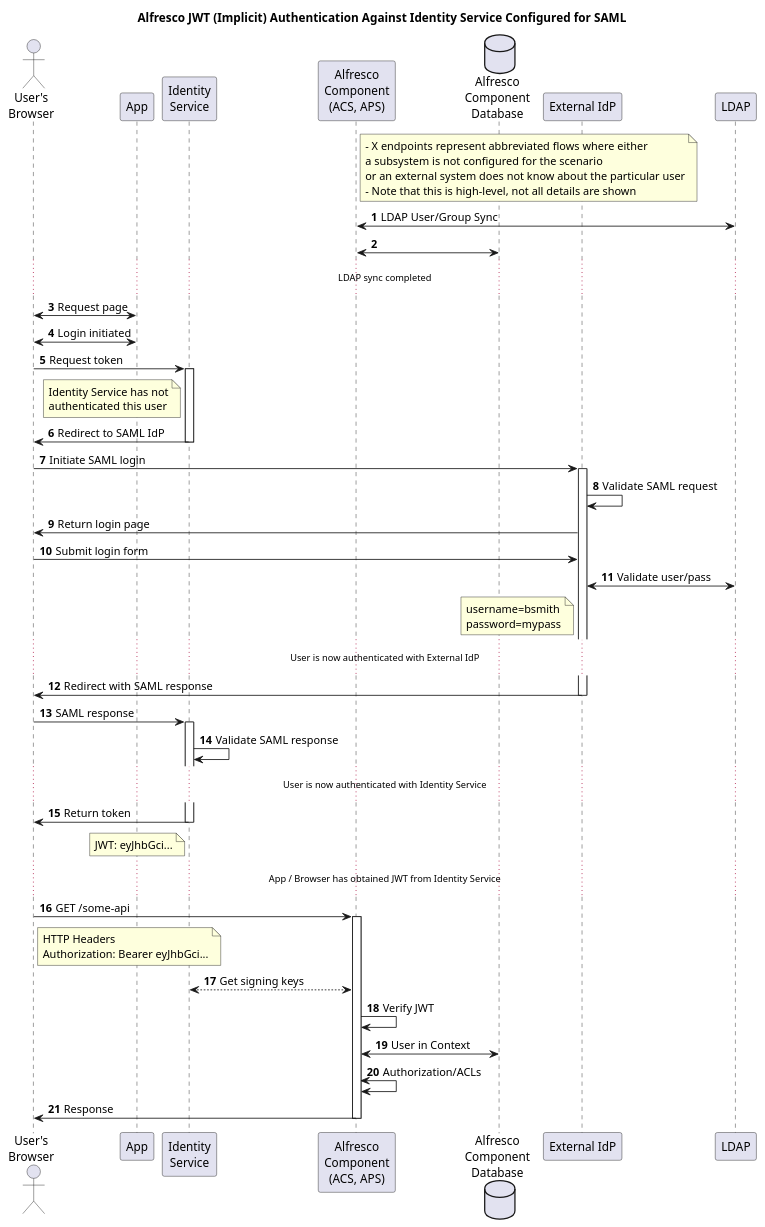
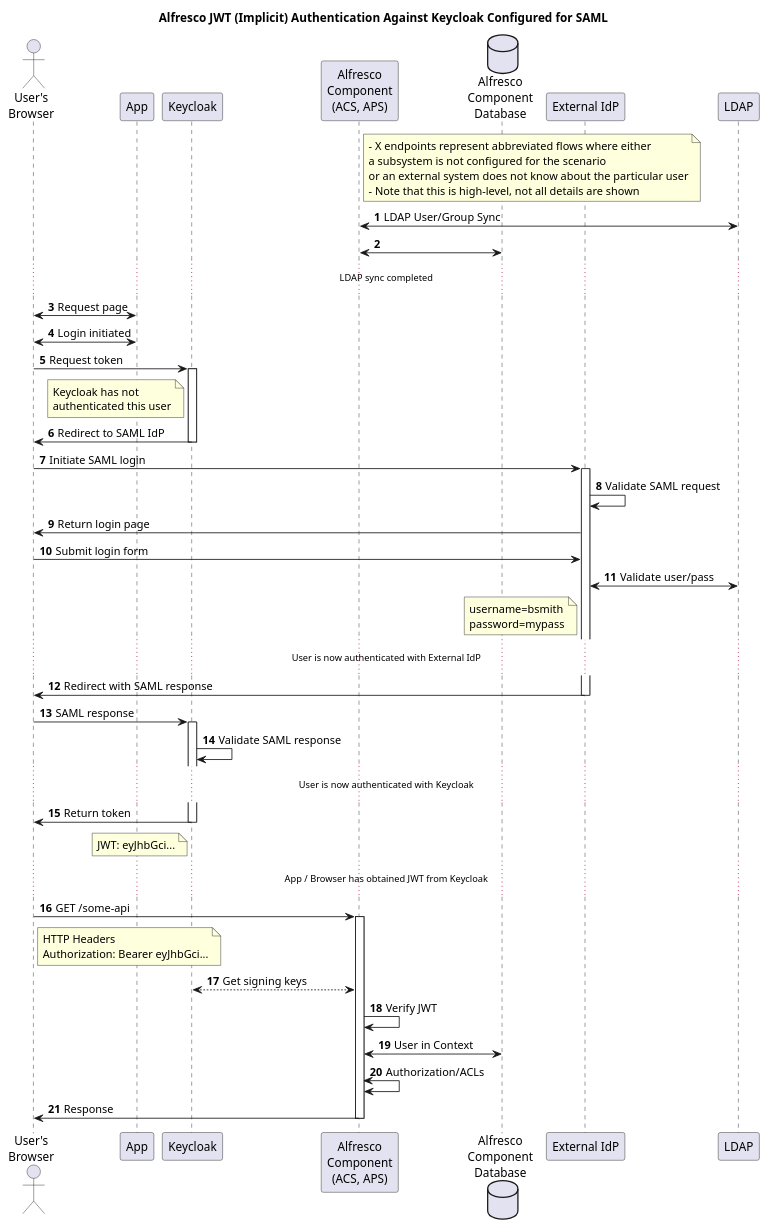
Before and after one commit to Alfresco/alfresco-identity-service: the diagram in docs/resource/sequence/high-level-saml-auth-sequence.puml, drawn with PlantUML. The commit also changed 46 other files, not shown here.

```diff
--- a/docs/resource/sequence/high-level-saml-auth-sequence.puml
+++ b/docs/resource/sequence/high-level-saml-auth-sequence.puml
@@ -1,69 +1,69 @@
 @startuml
 autonumber
-Title: Alfresco JWT (Implicit) Authentication Against Identity Service Configured for SAML
+Title: Alfresco JWT (Implicit) Authentication Against Keycloak Configured for SAML
 
 actor "User's\nBrowser" as UB
 participant "App" as APP
-participant "Identity\nService" as IS
+participant "Keycloak" as KC
 participant "Alfresco\nComponent\n(ACS, APS)" as ALFC
 database "Alfresco\nComponent\nDatabase" as ALFCDB
 participant "External IdP" as EXT
 participant "LDAP" as LDAP
 
 note right of ALFC
 - X endpoints represent abbreviated flows where either 
 a subsystem is not configured for the scenario
 or an external system does not know about the particular user
 - Note that this is high-level, not all details are shown
 end note
 
 ALFC<->LDAP: LDAP User/Group Sync
 ALFC<->ALFCDB
 ... LDAP sync completed ...
 UB<->APP: Request page
 UB<->APP: Login initiated
-UB->IS: Request token
-activate IS
-note left of IS
-Identity Service has not
+UB->KC: Request token
+activate KC
+note left of KC
+Keycloak has not
 authenticated this user
 end note
-IS->UB: Redirect to SAML IdP
-deactivate IS
+KC->UB: Redirect to SAML IdP
+deactivate KC
 UB->EXT: Initiate SAML login
 activate EXT
 EXT->EXT: Validate SAML request
 EXT->UB: Return login page
 UB->EXT: Submit login form
 EXT<->LDAP: Validate user/pass
 note left of EXT
 username=bsmith
 password=mypass
 end note
 ... User is now authenticated with External IdP ...
 EXT->UB: Redirect with SAML response
 deactivate EXT
-UB->IS: SAML response
-activate IS
-IS->IS: Validate SAML response
-... User is now authenticated with Identity Service ...
-IS->UB: Return token
-note left of IS
+UB->KC: SAML response
+activate KC
+KC->KC: Validate SAML response
+... User is now authenticated with Keycloak ...
+KC->UB: Return token
+note left of KC
 JWT: eyJhbGci...
 end note
-deactivate IS
-... App / Browser has obtained JWT from Identity Service ...
+deactivate KC
+... App / Browser has obtained JWT from Keycloak ...
 UB->ALFC: GET /some-api
 note right of UB
 HTTP Headers
 Authorization: Bearer eyJhbGci...
 end note
 activate ALFC
-ALFC<-->IS: Get signing keys
+ALFC<-->KC: Get signing keys
 ALFC->ALFC: Verify JWT
 ALFC<->ALFCDB: User in Context
 ALFC<->ALFC: Authorization/ACLs
 ALFC->UB: Response
 deactivate ALFC
 
 @enduml
```
